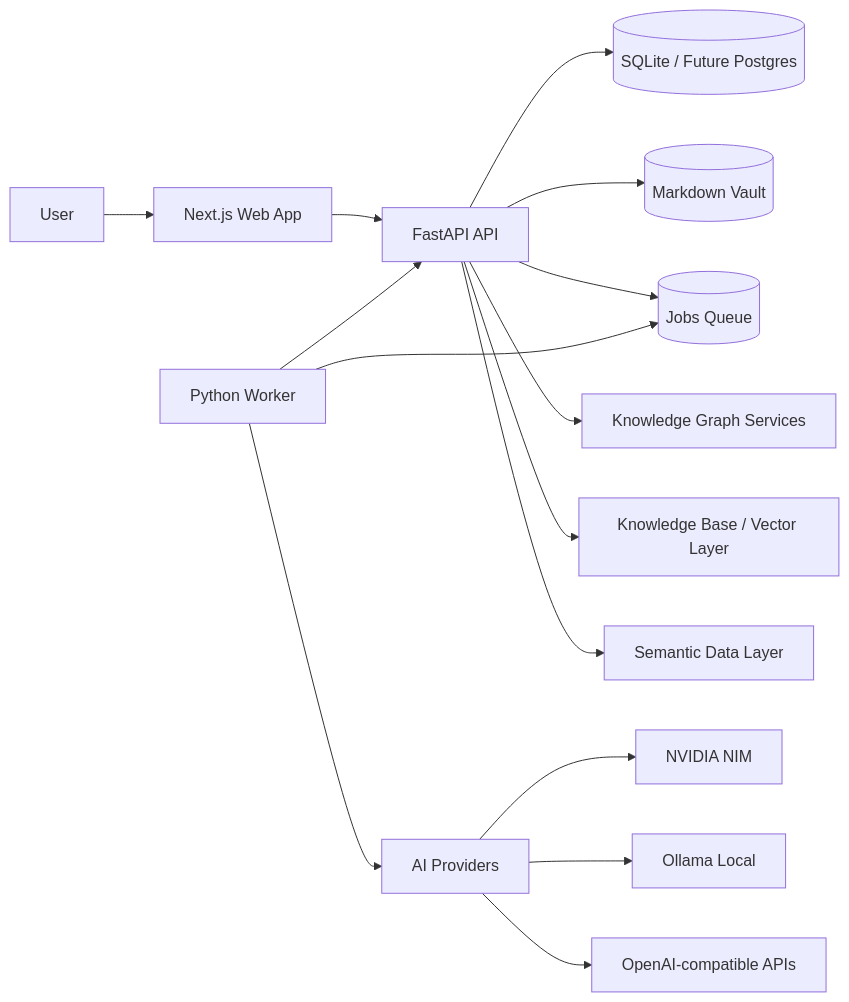
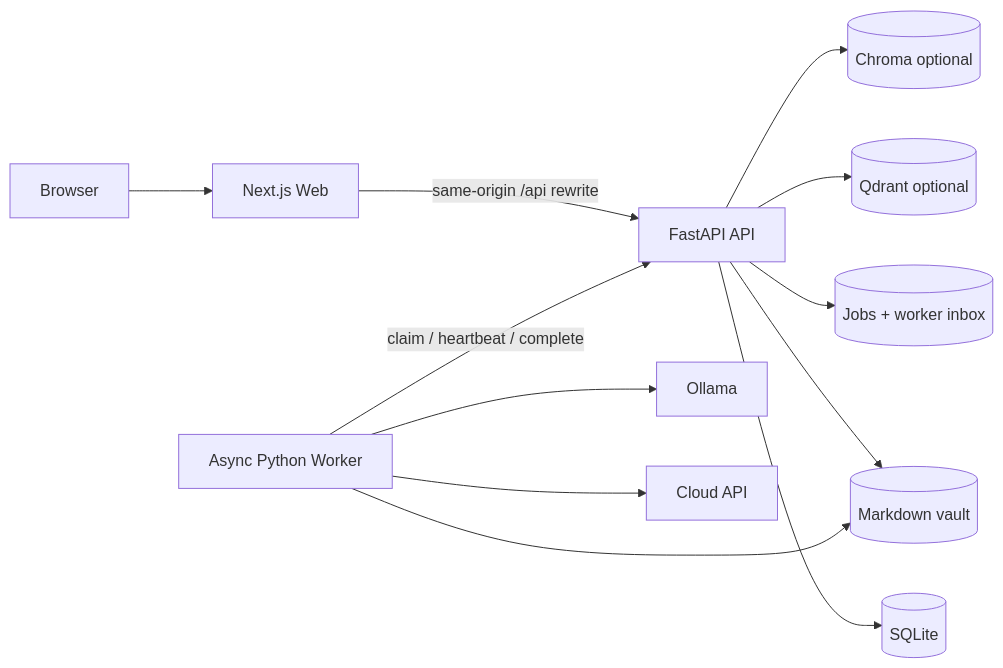
Before and after one commit to imsouza/berrybrain: the fourth of 8 diagrams in README.md, drawn with Mermaid. The commit also changed other lines of this file and 98 other files, not shown here.

````diff
--- a/README.md
+++ b/README.md
@@ -123,17 +200,14 @@
 ```mermaid
 flowchart LR
-  User[User] --> Web[Next.js Web App]
-  Web --> API[FastAPI API]
-  API --> DB[(SQLite / Future Postgres)]
-  API --> Vault[(Markdown Vault)]
-  API --> Jobs[(Jobs Queue)]
-  Worker[Python Worker] --> Jobs
-  Worker --> API
-  Worker --> Providers[AI Providers]
-  Providers --> NIM[NVIDIA NIM]
-  Providers --> Ollama[Ollama Local]
-  Providers --> Other[OpenAI-compatible APIs]
-  API --> Graph[Knowledge Graph Services]
-  API --> KB[Knowledge Base / Vector Layer]
-  API --> SDL[Semantic Data Layer]
+  Browser --> Web[Next.js Web]
+  Web -->|same-origin /api rewrite| API[FastAPI API]
+  API --> DB[(SQLite)]
+  API --> Vault[(Markdown vault)]
+  API --> Jobs[(Jobs + worker inbox)]
+  Worker[Async Python Worker] -->|claim / heartbeat / complete| API
+  Worker --> Vault
+  Worker --> Local[Ollama]
+  Worker --> Cloud[Cloud API]
+  API --> Qdrant[(Qdrant optional)]
+  API --> Chroma[(Chroma optional)]
 ```
````
